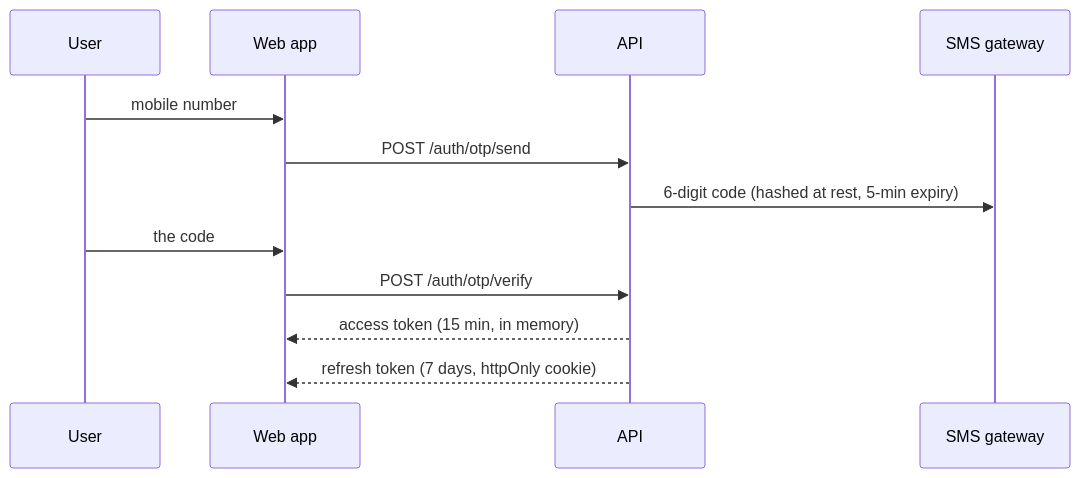
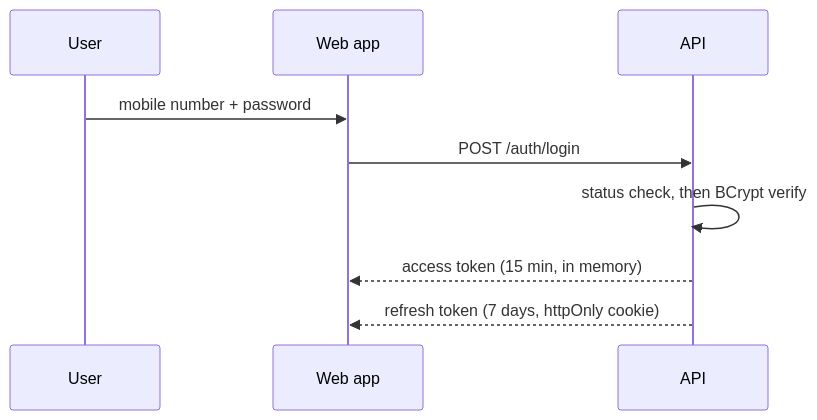
Before and after one commit to giri0521/allgosandcourtcopys: the second of 5 diagrams in docs/ARCHITECTURE.md, drawn with Mermaid. The commit also changed other lines of this file and 49 other files, not shown here.

````diff
--- a/docs/ARCHITECTURE.md
+++ b/docs/ARCHITECTURE.md
@@ -140,15 +140,12 @@
 ```mermaid
 sequenceDiagram
     participant U as User
     participant W as Web app
     participant A as API
-    participant S as SMS gateway
 
-    U->>W: mobile number
-    W->>A: POST /auth/otp/send
-    A->>S: 6-digit code (hashed at rest, 5-min expiry)
-    U->>W: the code
-    W->>A: POST /auth/otp/verify
+    U->>W: mobile number + password
+    W->>A: POST /auth/login
+    A->>A: status check, then BCrypt verify
     A-->>W: access token (15 min, in memory)
     A-->>W: refresh token (7 days, httpOnly cookie)
 ```
````
